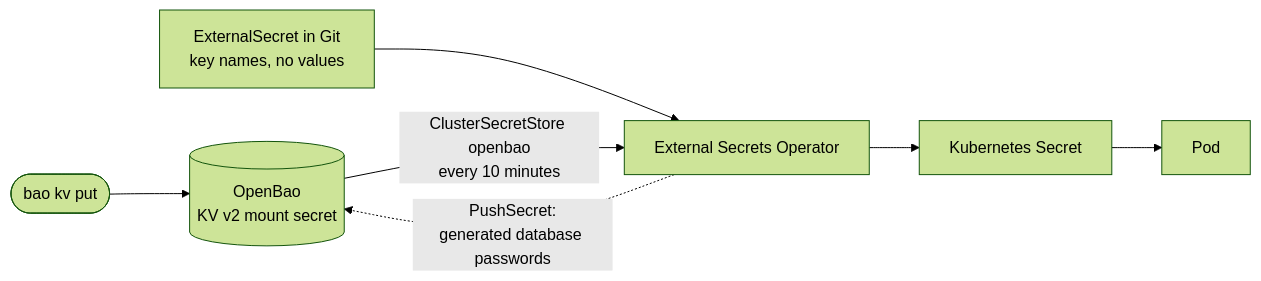
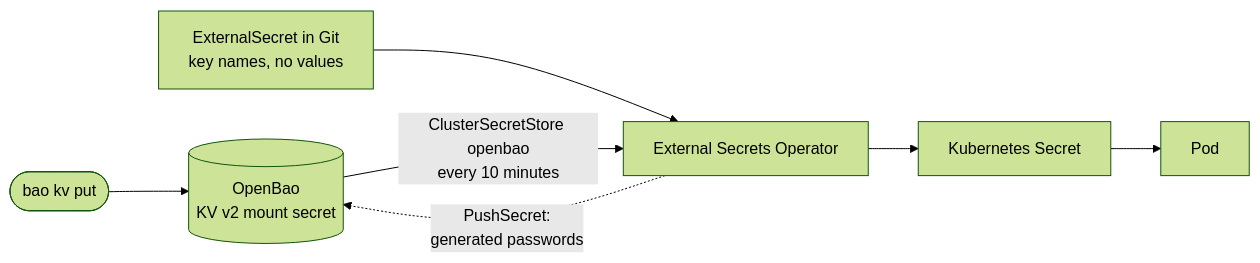
The third of 4 diagrams in docs/gitops.md (barissekerciler/homelab-infra), drawn with Mermaid (forest theme) before and after one commit. The commit also changed other lines of this file and 29 other files, not shown here.

````diff
--- a/docs/gitops.md
+++ b/docs/gitops.md
@@ -278,8 +280,8 @@
 ```mermaid
 flowchart LR
   admin(["bao kv put"]) --> bao[("OpenBao<br/>KV v2 mount secret")]
   git["ExternalSecret in Git<br/>key names, no values"] --> eso["External Secrets Operator"]
   bao -- "ClusterSecretStore openbao<br/>every 10 minutes" --> eso
   eso --> secret["Kubernetes Secret"] --> pod["Pod"]
-  eso -. "PushSecret:<br/>generated database passwords" .-> bao
+  eso -. "PushSecret:<br/>generated passwords" .-> bao
 ```
````
